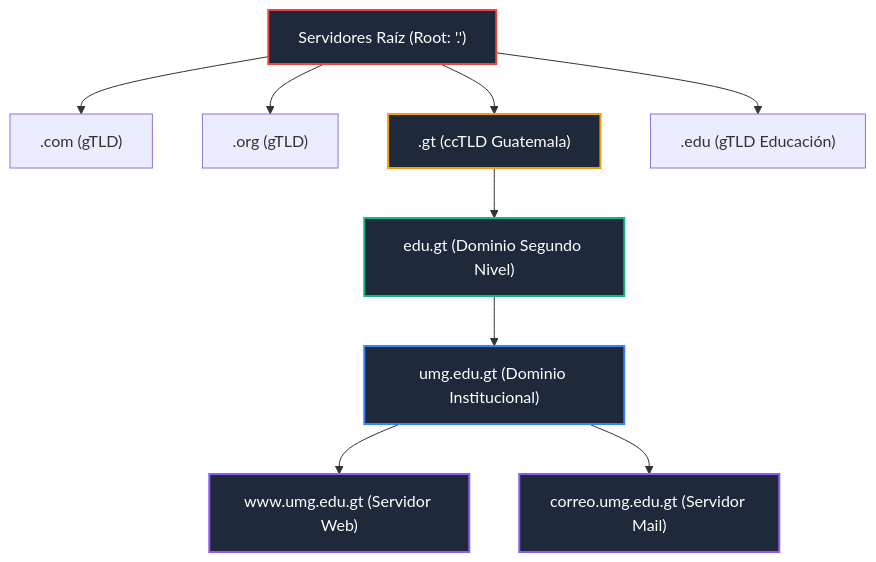
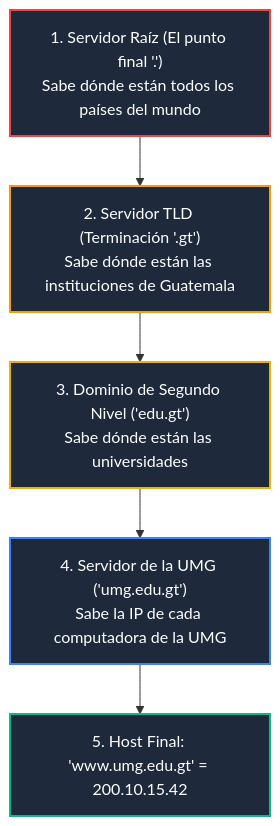
The second of 2 diagrams in Teoria/Modulo_2_Capa_Aplicacion/02_DNS_Domain_Name_System.md (ch4rf/redes-computadoras), drawn with Mermaid before and after one commit. The commit also changed other lines of this file and 14 other files, not shown here.

````diff
--- a/Teoria/Modulo_2_Capa_Aplicacion/02_DNS_Domain_Name_System.md
+++ b/Teoria/Modulo_2_Capa_Aplicacion/02_DNS_Domain_Name_System.md
@@ -39,21 +50,14 @@
 ```mermaid
 flowchart TD
-    Root["Servidores Raíz (Root: '.')"]
-    Root --> TLD1[".com (gTLD)"]
-    Root --> TLD2[".org (gTLD)"]
-    Root --> TLD3[".gt (ccTLD Guatemala)"]
-    Root --> TLD4[".edu (gTLD Educación)"]
-    
-    TLD3 --> SLD1["edu.gt (Dominio Segundo Nivel)"]
-    SLD1 --> DOMAIN1["umg.edu.gt (Dominio Institucional)"]
-    
-    DOMAIN1 --> HOST1["www.umg.edu.gt (Servidor Web)"]
-    DOMAIN1 --> HOST2["correo.umg.edu.gt (Servidor Mail)"]
+    Root["1. Servidor Raíz (El punto final '.')<br/>Sabe dónde están todos los países del mundo"]
+    Root --> TLD["2. Servidor TLD (Terminación '.gt')<br/>Sabe dónde están las instituciones de Guatemala"]
+    TLD --> SLD["3. Dominio de Segundo Nivel ('edu.gt')<br/>Sabe dónde están las universidades"]
+    SLD --> Dominio["4. Servidor de la UMG ('umg.edu.gt')<br/>Sabe la IP de cada computadora de la UMG"]
+    Dominio --> Maquina["5. Host Final: 'www.umg.edu.gt' = 200.10.15.42"]
 
     style Root fill:#1e293b,stroke:#ef4444,stroke-width:2px,color:#fff
-    style TLD3 fill:#1e293b,stroke:#f59e0b,stroke-width:2px,color:#fff
-    style SLD1 fill:#1e293b,stroke:#10b981,stroke-width:2px,color:#fff
-    style DOMAIN1 fill:#1e293b,stroke:#3b82f6,stroke-width:2px,color:#fff
-    style HOST1 fill:#1e293b,stroke:#8b5cf6,stroke-width:2px,color:#fff
-    style HOST2 fill:#1e293b,stroke:#8b5cf6,stroke-width:2px,color:#fff
+    style TLD fill:#1e293b,stroke:#f59e0b,stroke-width:2px,color:#fff
+    style SLD fill:#1e293b,stroke:#eab308,stroke-width:2px,color:#fff
+    style Dominio fill:#1e293b,stroke:#3b82f6,stroke-width:2px,color:#fff
+    style Maquina fill:#1e293b,stroke:#10b981,stroke-width:2px,color:#fff
 ```
````
